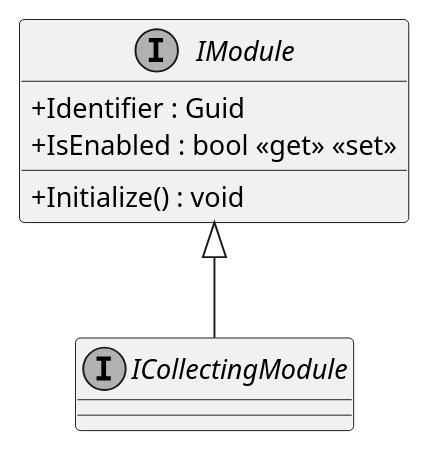
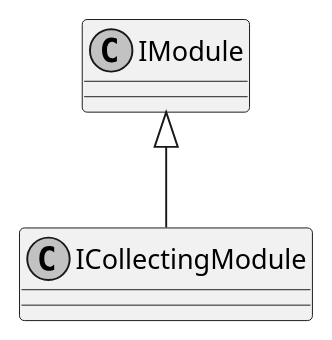
The diagram in documents/sd/plantuml/application/Common/Shared/Modules/ICollectingModule.puml (insightmind/MORR), drawn with PlantUML before and after one commit. The commit also changed 85 other files, not shown here.

Commit message:
Added diagrams for Core and Shared

```diff
--- a/documents/sd/plantuml/application/Common/Shared/Modules/ICollectingModule.puml
+++ b/documents/sd/plantuml/application/Common/Shared/Modules/ICollectingModule.puml
@@ -1,15 +1,6 @@
 @startuml
 skinparam monochrome true
 skinparam classAttributeIconSize 0
-interface ICollectingModule {
-
-}
-
-interface IModule {
-    + Identifier : Guid
-    + IsEnabled : bool <<get>> <<set>>
-    + Initialize() : void
-}
 
 IModule <|-- ICollectingModule
 @enduml
```
